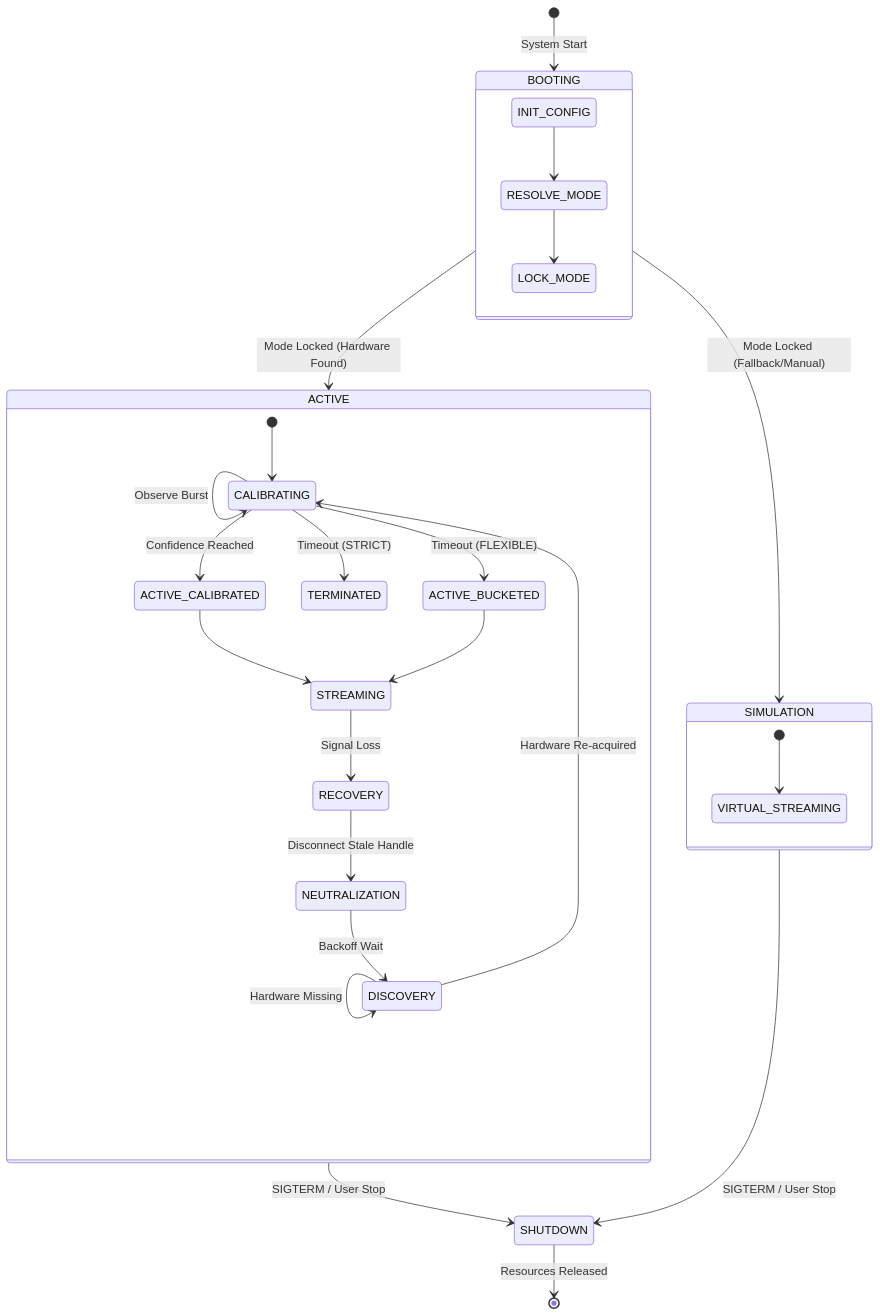
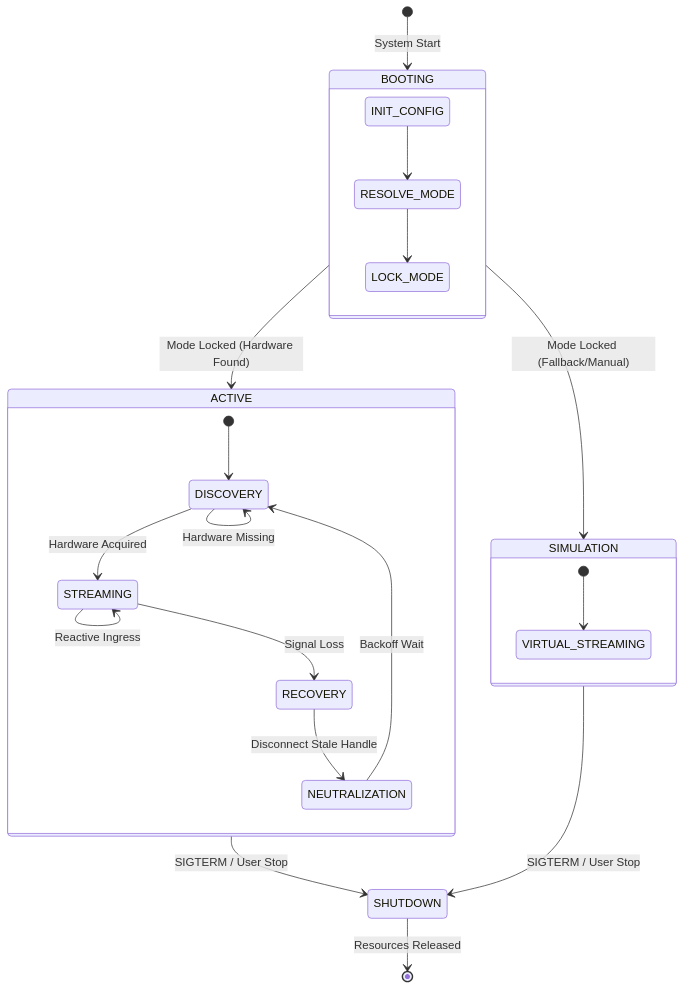
The third of 4 diagrams in docs/architecture/ARCHITECTURE.md (N8QQQ/qtr-qth), drawn with Mermaid before and after one commit. The commit also changed other lines of this file and 39 other files, not shown here.

````diff
--- a/docs/architecture/ARCHITECTURE.md
+++ b/docs/architecture/ARCHITECTURE.md
@@ -116,38 +115,32 @@
 ```mermaid
 stateDiagram-v2
     [*] --> BOOTING : System Start
     
     state BOOTING {
         direction TB
         INIT_CONFIG --> RESOLVE_MODE
         RESOLVE_MODE --> LOCK_MODE
     }
     
     BOOTING --> ACTIVE : Mode Locked (Hardware Found)
     BOOTING --> SIMULATION : Mode Locked (Fallback/Manual)
     
     state ACTIVE {
-        [*] --> CALIBRATING
-        CALIBRATING --> CALIBRATING : Observe Burst
-        CALIBRATING --> ACTIVE_CALIBRATED : Confidence Reached
-        CALIBRATING --> ACTIVE_BUCKETED : Timeout (FLEXIBLE)
-        CALIBRATING --> TERMINATED : Timeout (STRICT)
-        
-        ACTIVE_CALIBRATED --> STREAMING
-        ACTIVE_BUCKETED --> STREAMING
+        [*] --> DISCOVERY
+        DISCOVERY --> STREAMING : Hardware Acquired
+        STREAMING --> STREAMING : Reactive Ingress
         
         STREAMING --> RECOVERY : Signal Loss
         RECOVERY --> NEUTRALIZATION : Disconnect Stale Handle
         NEUTRALIZATION --> DISCOVERY : Backoff Wait
-        DISCOVERY --> CALIBRATING : Hardware Re-acquired
         DISCOVERY --> DISCOVERY : Hardware Missing
     }
 
     state SIMULATION {
         [*] --> VIRTUAL_STREAMING
     }
     
     ACTIVE --> SHUTDOWN : SIGTERM / User Stop
     SIMULATION --> SHUTDOWN : SIGTERM / User Stop
     SHUTDOWN --> [*] : Resources Released
 ```
````
